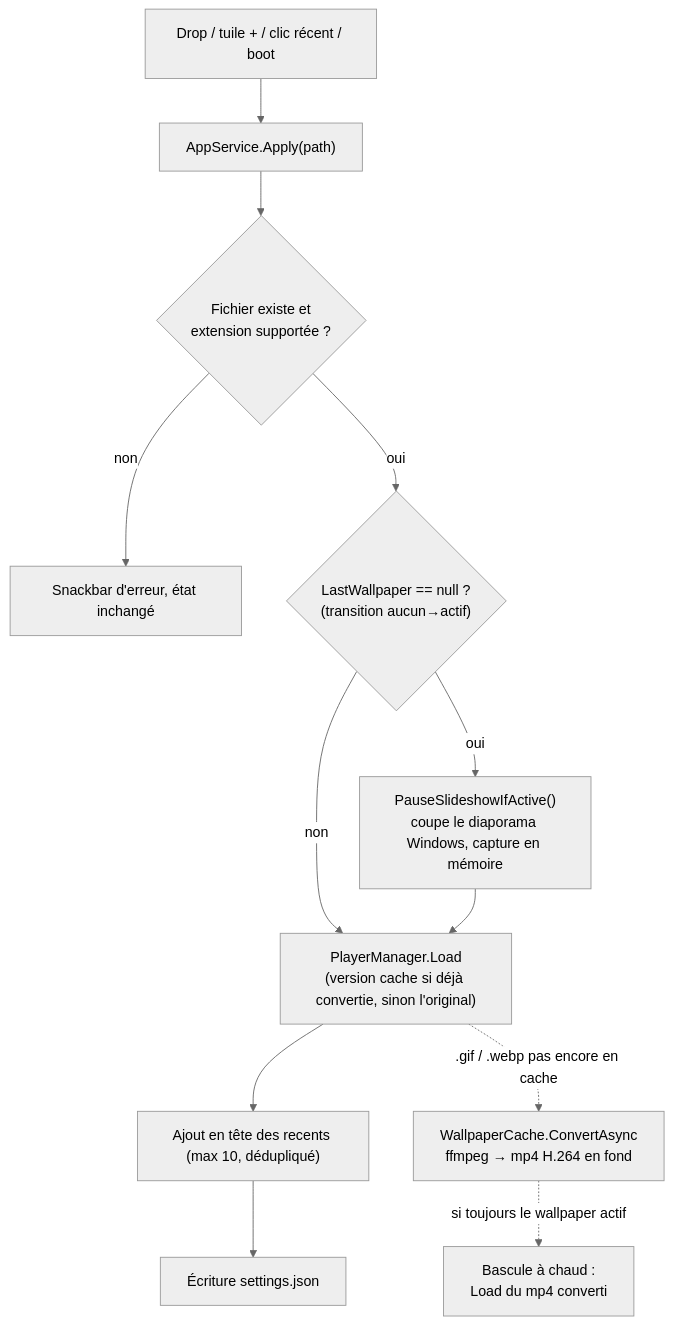
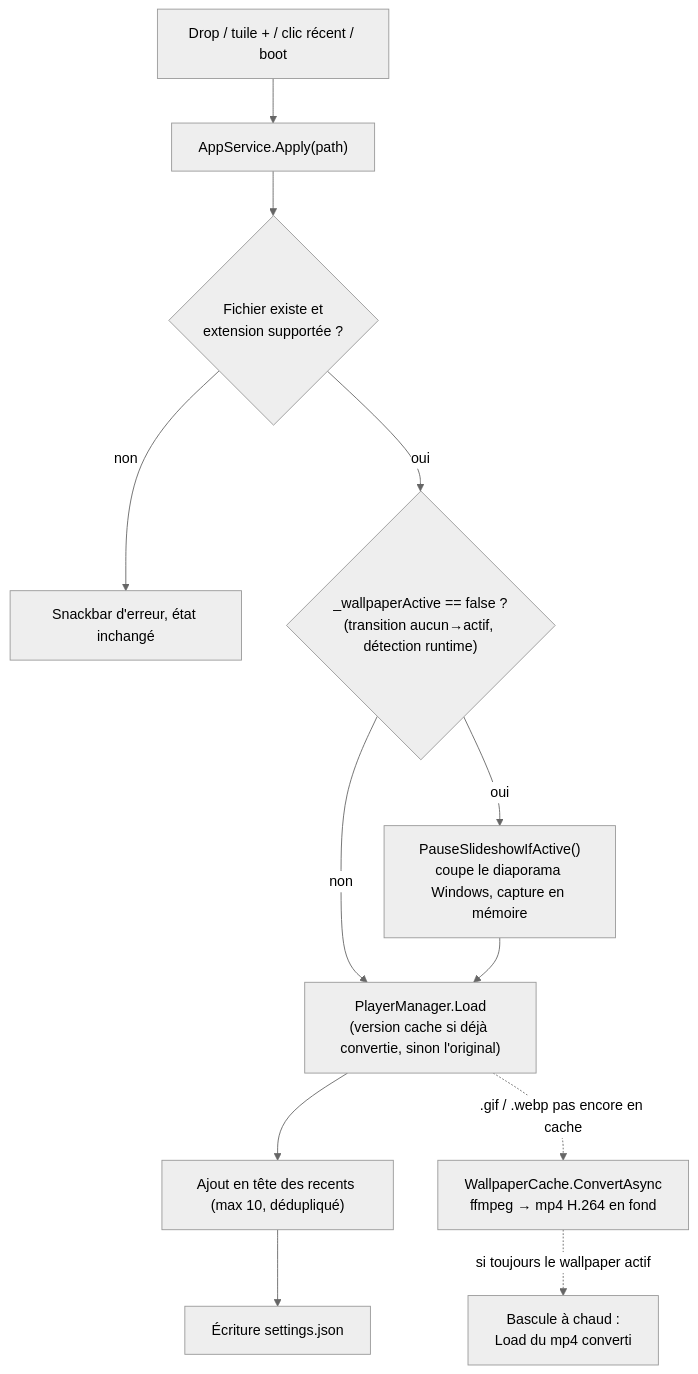
The third of 5 diagrams in docs/ARCHITECTURE-TECHNIQUE.md (KevinT78/wallflow), drawn with Mermaid (neutral theme) before and after one commit. The commit also changed other lines of this file and 2 other files, not shown here.

First line of the commit message:
docs: sync CONTEXT/VUE-PRODUIT/ARCHITECTURE (relance au reveil, fiabilite)

````diff
--- a/docs/ARCHITECTURE-TECHNIQUE.md
+++ b/docs/ARCHITECTURE-TECHNIQUE.md
@@ -181,14 +182,14 @@
 ```mermaid
 flowchart TD
     A["Drop / tuile + / clic récent / boot"] --> B["AppService.Apply(path)"]
     B --> C{"Fichier existe et<br/>extension supportée ?"}
     C -->|non| D["Snackbar d'erreur, état inchangé"]
-    C -->|oui| T{"LastWallpaper == null ?<br/>(transition aucun→actif)"}
+    C -->|oui| T{"_wallpaperActive == false ?<br/>(transition aucun→actif, détection runtime)"}
     T -->|oui| S["PauseSlideshowIfActive()<br/>coupe le diaporama Windows, capture en mémoire"]
     T -->|non| E
     S --> E["PlayerManager.Load<br/>(version cache si déjà convertie, sinon l'original)"]
     E --> F["Ajout en tête des recents (max 10, dédupliqué)"]
     F --> G["Écriture settings.json"]
     E -.->|.gif / .webp pas encore en cache| H["WallpaperCache.ConvertAsync<br/>ffmpeg → mp4 H.264 en fond"]
     H -.->|si toujours le wallpaper actif| I["Bascule à chaud :<br/>Load du mp4 converti"]
 ```
````
